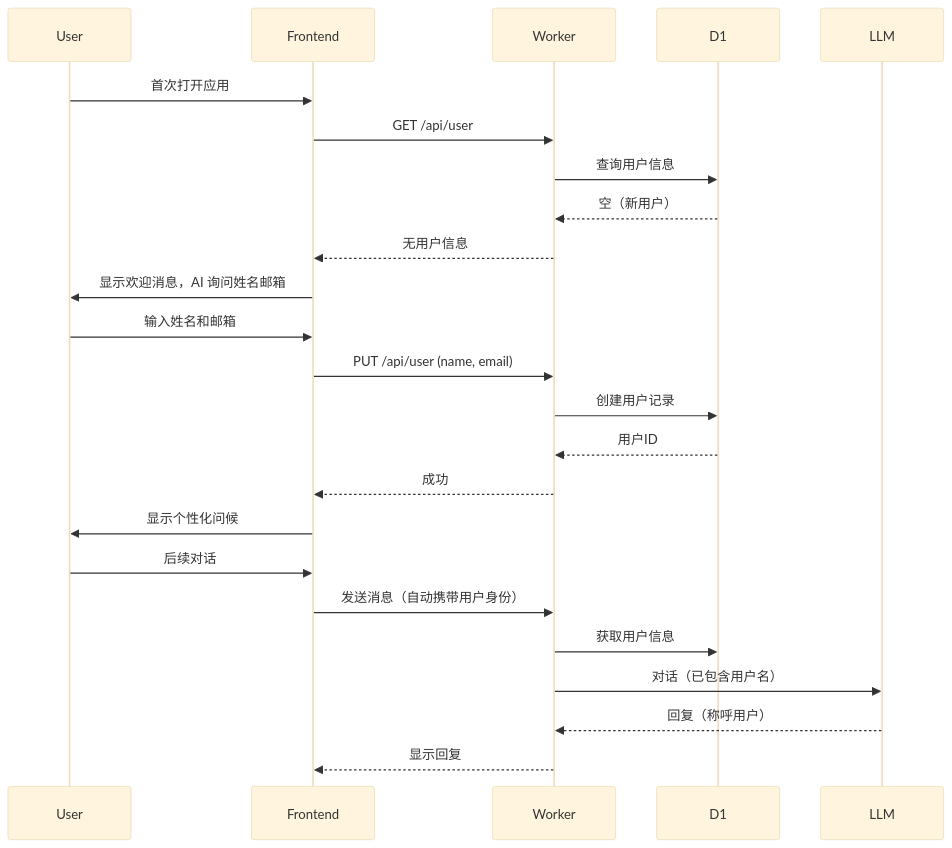
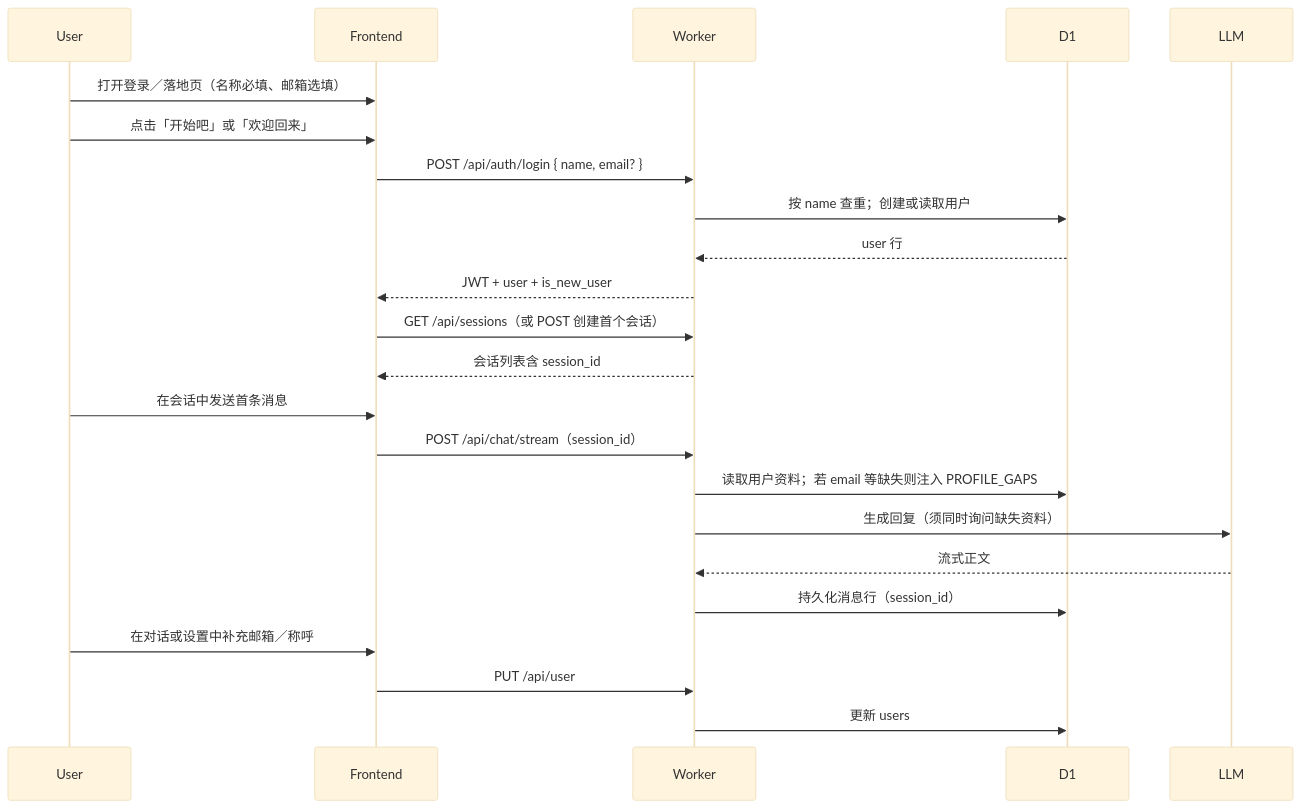
Before and after one commit to jackforest2014/ai_bot_jsa: the sixth of 6 diagrams in docs/technical/tech_design_ai_bot_v1_2.md, drawn with Mermaid (base theme). The commit also changed other lines of this file and 10 other files, not shown here.

````diff
--- a/docs/technical/tech_design_ai_bot_v1_2.md
+++ b/docs/technical/tech_design_ai_bot_v1_2.md
@@ -2034,27 +2179,26 @@
 ```mermaid
 sequenceDiagram
     participant User
     participant Frontend
     participant Worker
     participant D1
     participant LLM
 
-    User->>Frontend: 首次打开应用
-    Frontend->>Worker: GET /api/user
-    Worker->>D1: 查询用户信息
-    D1-->>Worker: 空（新用户）
-    Worker-->>Frontend: 无用户信息
-    Frontend->>User: 显示欢迎消息，AI 询问姓名邮箱
-    User->>Frontend: 输入姓名和邮箱
-    Frontend->>Worker: PUT /api/user (name, email)
-    Worker->>D1: 创建用户记录
-    D1-->>Worker: 用户ID
-    Worker-->>Frontend: 成功
-    Frontend->>User: 显示个性化问候
-    User->>Frontend: 后续对话
-    Frontend->>Worker: 发送消息（自动携带用户身份）
-    Worker->>D1: 获取用户信息
-    Worker->>LLM: 对话（已包含用户名）
-    LLM-->>Worker: 回复（称呼用户）
-    Worker-->>Frontend: 显示回复
+    User->>Frontend: 打开登录／落地页（名称必填、邮箱选填）
+    User->>Frontend: 点击「开始吧」或「欢迎回来」
+    Frontend->>Worker: POST /api/auth/login { name, email? }
+    Worker->>D1: 按 name 查重；创建或读取用户
+    D1-->>Worker: user 行
+    Worker-->>Frontend: JWT + user + is_new_user
+    Frontend->>Worker: GET /api/sessions（或 POST 创建首个会话）
+    Worker-->>Frontend: 会话列表含 session_id
+    User->>Frontend: 在会话中发送首条消息
+    Frontend->>Worker: POST /api/chat/stream（session_id）
+    Worker->>D1: 读取用户资料；若 email 等缺失则注入 PROFILE_GAPS
+    Worker->>LLM: 生成回复（须同时询问缺失资料）
+    LLM-->>Worker: 流式正文
+    Worker->>D1: 持久化消息行（session_id）
+    User->>Frontend: 在对话或设置中补充邮箱／称呼
+    Frontend->>Worker: PUT /api/user
+    Worker->>D1: 更新 users
 ```
````
